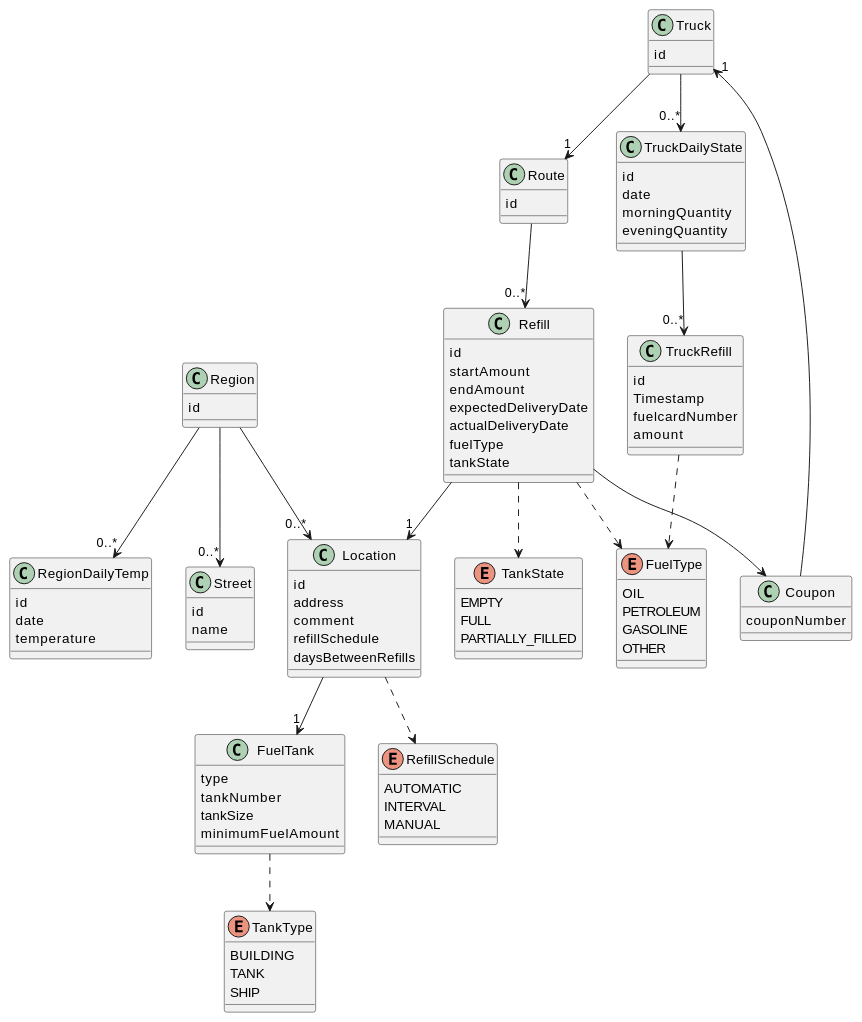
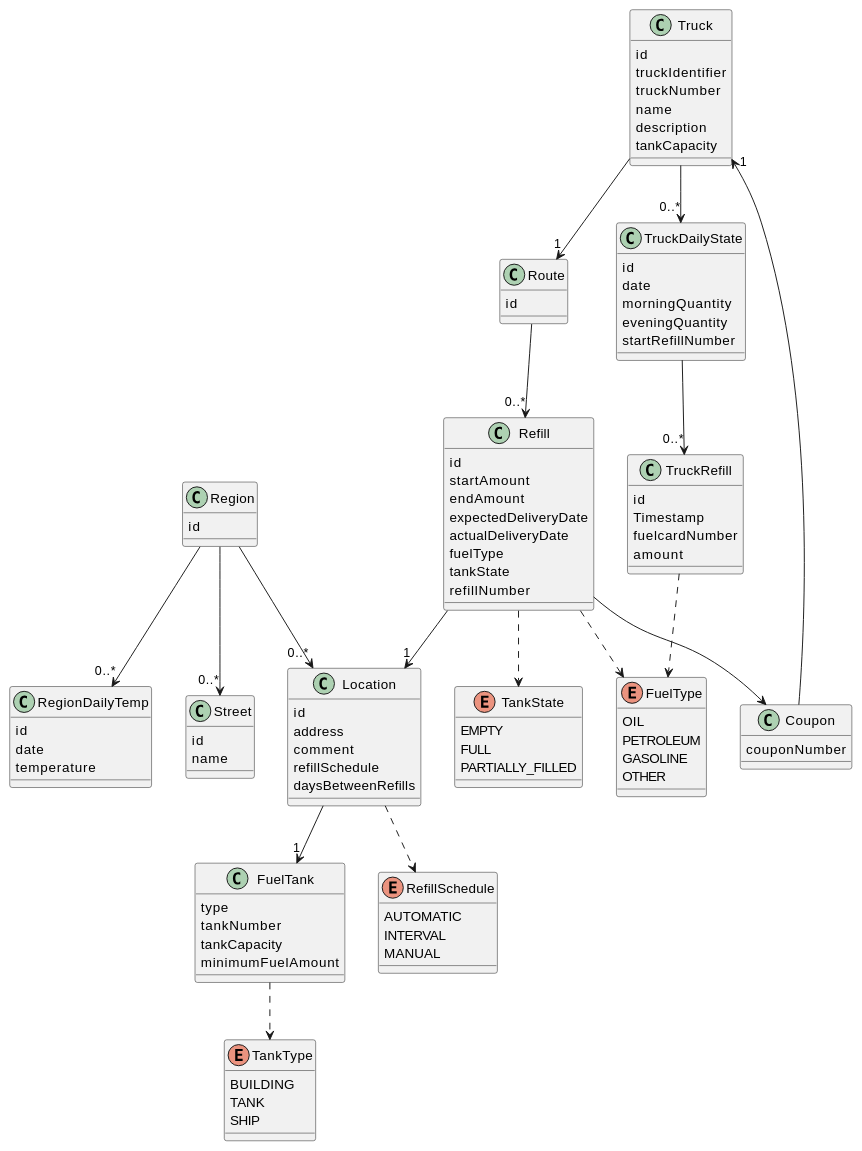
One commit to IT-Minds/client_comby_oilcontrols changed the diagram in docs/entity-datamodel.md. Above: the diagram before and after it, drawn with PlantUML. The commit also changed 3 other files, not shown here.

```diff
--- a/docs/entity-datamodel.md
+++ b/docs/entity-datamodel.md
@@ -6,6 +6,11 @@
 @startuml
 class Truck {
   id
+  truckIdentifier
+  truckNumber
+  name
+  description
+  tankCapacity
 }
 
 class Route {
@@ -23,7 +28,7 @@
 class FuelTank {
   type
   tankNumber
-  tankSize
+  tankCapacity
   minimumFuelAmount
 }
 
@@ -35,6 +40,7 @@
   actualDeliveryDate
   fuelType
   tankState
+  refillNumber
 }
 
 class Region {
@@ -52,6 +58,7 @@
   date
   morningQuantity
   eveningQuantity
+  startRefillNumber
 }
 
 class TruckRefill {
```
